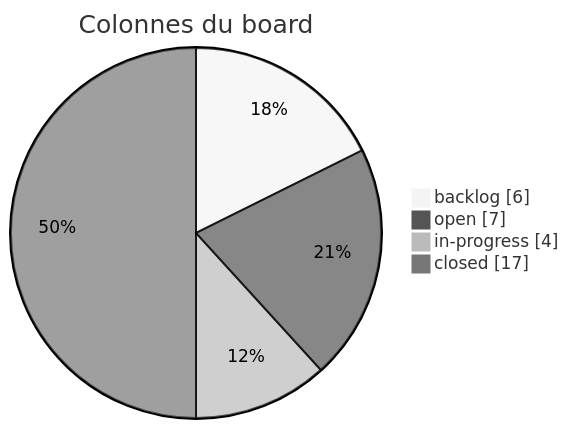
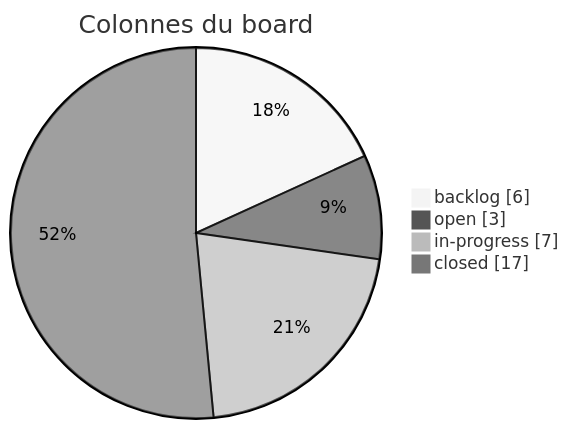
Before and after one commit to Gooseppr/GevOps_LC: the third of 7 diagrams in modules/M49_projet-board-J09.md, drawn with Mermaid (neutral theme). The commit also changed other lines of this file and 2 other files, not shown here.

````diff
--- a/modules/M49_projet-board-J09.md
+++ b/modules/M49_projet-board-J09.md
@@ -47,8 +47,8 @@
 ```mermaid
 pie showData
     title Colonnes du board
     "backlog" : 6
-    "open" : 7
-    "in-progress" : 4
+    "open" : 3
+    "in-progress" : 7
     "closed" : 17
 ```
````
